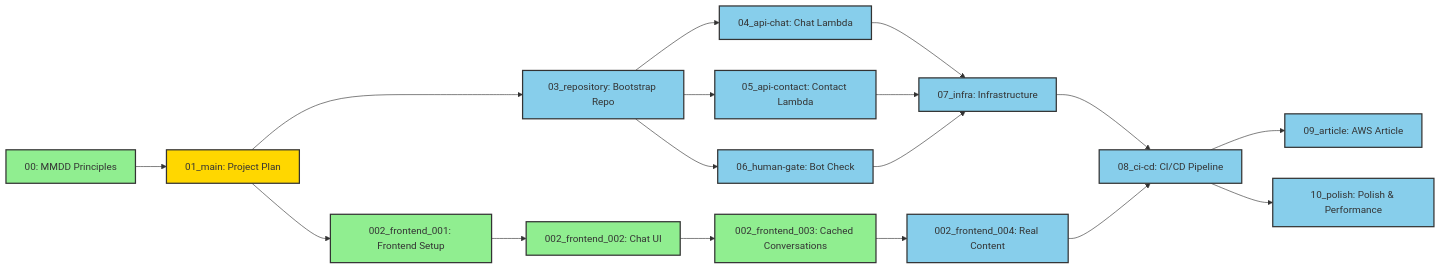
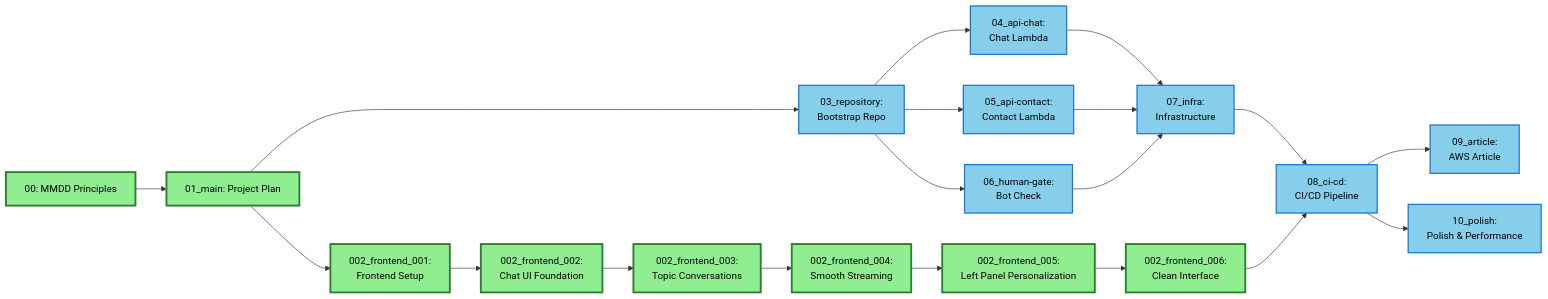
Before and after one commit to robertoallende/allende: the diagram in dev_log/status.mmd, drawn with Mermaid. The commit also changed 2 other files, not shown here.

```diff
--- a/dev_log/status.mmd
+++ b/dev_log/status.mmd
@@ -1,41 +1,58 @@
 %%{init: {'theme':'base', 'themeVariables': {'primaryColor': '#ffffff', 'primaryTextColor': '#333', 'primaryBorderColor': '#333', 'lineColor': '#333', 'secondaryColor': '#f0f0f0', 'tertiaryColor': '#f0f0f0', 'background': '#e8e8e8', 'mainBkg': '#e8e8e8', 'secondBkg': '#e8e8e8'}}}%%
 flowchart LR
     U00["00: MMDD Principles"]
     U01["01_main: Project Plan"]
-    U002_001["002_frontend_001: Frontend Setup"]
-    U002_002["002_frontend_002: Chat UI"]
-    U002_003["002_frontend_003: Cached Conversations"]
-    U002_004["002_frontend_004: Real Content"]
-    U03["03_repository: Bootstrap Repo"]
-    U04["04_api-chat: Chat Lambda"]
-    U05["05_api-contact: Contact Lambda"]
-    U06["06_human-gate: Bot Check"]
-    U07["07_infra: Infrastructure"]
-    U08["08_ci-cd: CI/CD Pipeline"]
-    U09["09_article: AWS Article"]
-    U10["10_polish: Polish & Performance"]
+    
+    %% Frontend Development Branch
+    U002_001["002_frontend_001:<br/>Frontend Setup"]
+    U002_002["002_frontend_002:<br/>Chat UI Foundation"]
+    U002_003["002_frontend_003:<br/>Topic Conversations"]
+    U002_004["002_frontend_004:<br/>Smooth Streaming"]
+    U002_005["002_frontend_005:<br/>Left Panel Personalization"]
+    U002_006["002_frontend_006:<br/>Clean Interface"]
+    
+    %% Backend Development Branch
+    U03["03_repository:<br/>Bootstrap Repo"]
+    U04["04_api-chat:<br/>Chat Lambda"]
+    U05["05_api-contact:<br/>Contact Lambda"]
+    U06["06_human-gate:<br/>Bot Check"]
+    
+    %% Infrastructure Branch
+    U07["07_infra:<br/>Infrastructure"]
+    U08["08_ci-cd:<br/>CI/CD Pipeline"]
+    
+    %% Final Polish Branch
+    U09["09_article:<br/>AWS Article"]
+    U10["10_polish:<br/>Polish & Performance"]
 
+    %% Dependencies
     U00 --> U01
     U01 --> U002_001
     U002_001 --> U002_002
     U002_002 --> U002_003
     U002_003 --> U002_004
+    U002_004 --> U002_005
+    U002_005 --> U002_006
+    
     U01 --> U03
     U03 --> U04
     U03 --> U05
     U03 --> U06
     U04 --> U07
     U05 --> U07
     U06 --> U07
     U07 --> U08
-    U002_004 --> U08
+    
+    U002_006 --> U08
     U08 --> U09
     U08 --> U10
 
-    classDef completed fill:#90EE90,stroke:#333,stroke-width:2px
-    classDef inProgress fill:#FFD700,stroke:#333,stroke-width:2px
-    classDef planned fill:#87CEEB,stroke:#333,stroke-width:2px
+    %% Color Classifications
+    classDef completed fill:#90EE90,stroke:#2E7D32,stroke-width:3px,color:#000
+    classDef inProgress fill:#FFD700,stroke:#F57F17,stroke-width:3px,color:#000
+    classDef planned fill:#87CEEB,stroke:#1976D2,stroke-width:2px,color:#000
+    classDef blocked fill:#FFB6C1,stroke:#D32F2F,stroke-width:2px,color:#000
 
-    class U00,U002_001,U002_002,U002_003 completed
-    class U01 inProgress
-    class U002_004,U03,U04,U05,U06,U07,U08,U09,U10 planned
+    %% Apply Classifications
+    class U00,U01,U002_001,U002_002,U002_003,U002_004,U002_005,U002_006 completed
+    class U03,U04,U05,U06,U07,U08,U09,U10 planned
```
